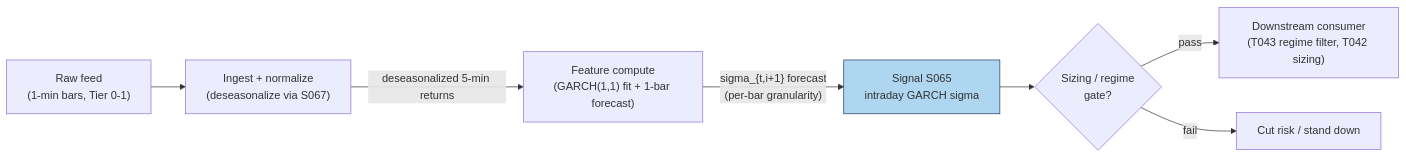
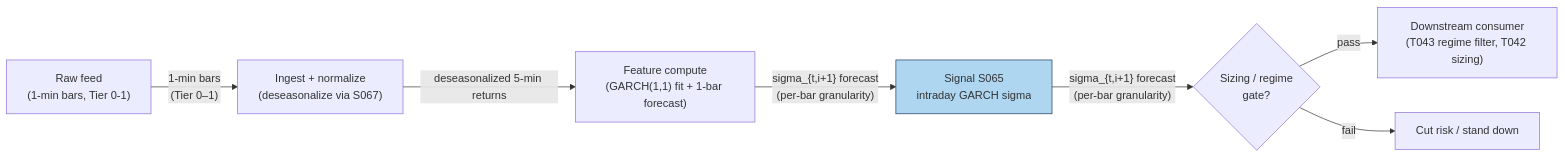
One commit to praveenguptahcl/quant-signals-deep changed the diagram in batches/SB8/S065.md. Above: the diagram before and after it, drawn with Mermaid. The commit also changed other lines of this file and 12 other files, not shown here.

````diff
--- a/batches/SB8/S065.md
+++ b/batches/SB8/S065.md
@@ -275,10 +276,10 @@
 ```mermaid
 flowchart LR
-    FEED["Raw feed\n(1-min bars, Tier 0-1)"] --> ING["Ingest + normalize\n(deseasonalize via S067)"]
+    FEED["Raw feed\n(1-min bars, Tier 0-1)"] -->|"1-min bars\n(Tier 0–1)"| ING["Ingest + normalize\n(deseasonalize via S067)"]
     ING -->|"deseasonalized 5-min returns"| FEAT["Feature compute\n(GARCH(1,1) fit + 1-bar forecast)"]
     FEAT -->|"sigma_{t,i+1} forecast\n(per-bar granularity)"| SIG["Signal S065\nintraday GARCH sigma"]
-    SIG --> GATE{"Sizing / regime\ngate?"}
+    SIG -->|"sigma_{t,i+1} forecast\n(per-bar granularity)"| GATE{"Sizing / regime\ngate?"}
     GATE -->|pass| OUT["Downstream consumer\n(T043 regime filter, T042 sizing)"]
     GATE -->|fail| DROP["Cut risk / stand down"]
     style SIG fill:#aed6f1,stroke:#1f3a5f
 ```
````
